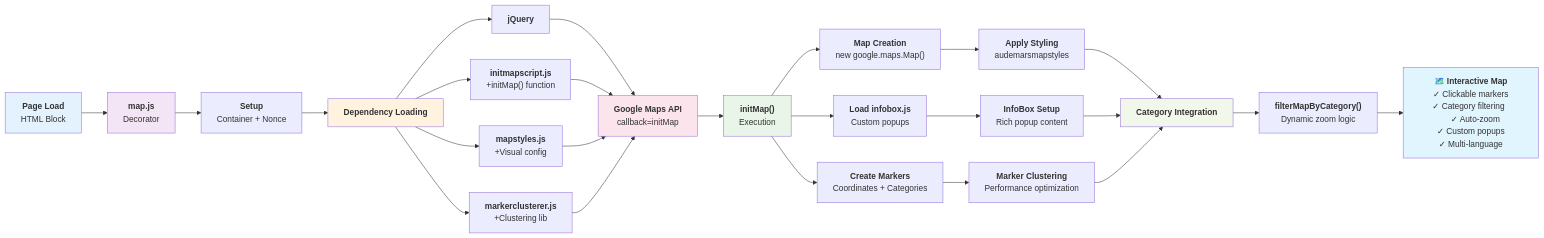
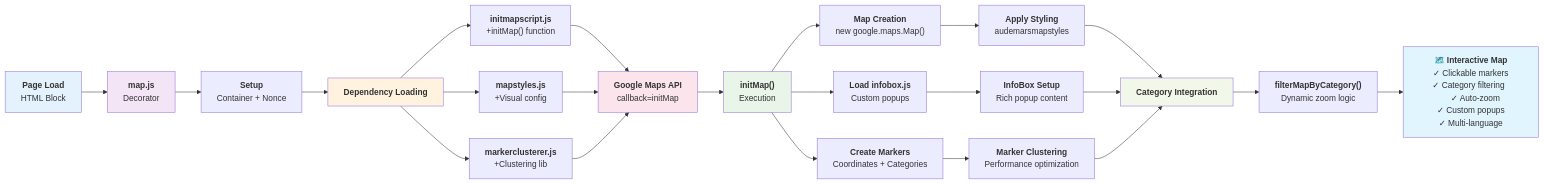
The diagram in README.md (meejain/map-demo), drawn with Mermaid before and after one commit. The commit also changed other lines of this file and 2 other files, not shown here.

First line of the commit message:
refactor: eliminate jQuery dependency and modernize JavaScript

````diff
--- a/README.md
+++ b/README.md
@@ -44,64 +44,62 @@
 ```mermaid
 flowchart LR
     A["`**Page Load**
     HTML Block`"] --> B["`**map.js**
     Decorator`"]
     
     B --> C["`**Setup**
     Container + Nonce`"]
     
     C --> D["`**Dependency Loading**`"]
     
-    D --> E["`**jQuery**`"]
     D --> F["`**initmapscript.js**
     +initMap() function`"]
     D --> G["`**mapstyles.js**
     +Visual config`"]
     D --> H["`**markerclusterer.js**
     +Clustering lib`"]
     
-    E --> I["`**Google Maps API**
+    F --> I["`**Google Maps API**
     callback=initMap`"]
-    F --> I
     G --> I
     H --> I
     
     I --> J["`**initMap()**
     Execution`"]
     
     J --> K1["`**Map Creation**
     new google.maps.Map()`"]
     J --> K2["`**Load infobox.js**
     Custom popups`"]
     J --> K3["`**Create Markers**
     Coordinates + Categories`"]
     
     K1 --> L["`**Apply Styling**
     audemarsmapstyles`"]
     K2 --> M["`**InfoBox Setup**
     Rich popup content`"]
     K3 --> N["`**Marker Clustering**
     Performance optimization`"]
     
     L --> O["`**Category Integration**`"]
     M --> O
     N --> O
     
     O --> P["`**filterMapByCategory()**
     Dynamic zoom logic`"]
     
     P --> Q["`**🗺️ Interactive Map**
     ✓ Clickable markers
     ✓ Category filtering  
     ✓ Auto-zoom
     ✓ Custom popups
     ✓ Multi-language`"]
 
     style A fill:#e3f2fd
     style B fill:#f3e5f5
     style I fill:#fce4ec
     style J fill:#e8f5e8
     style Q fill:#e1f5fe
     style D fill:#fff3e0
     style O fill:#f1f8e9
 ```
````
